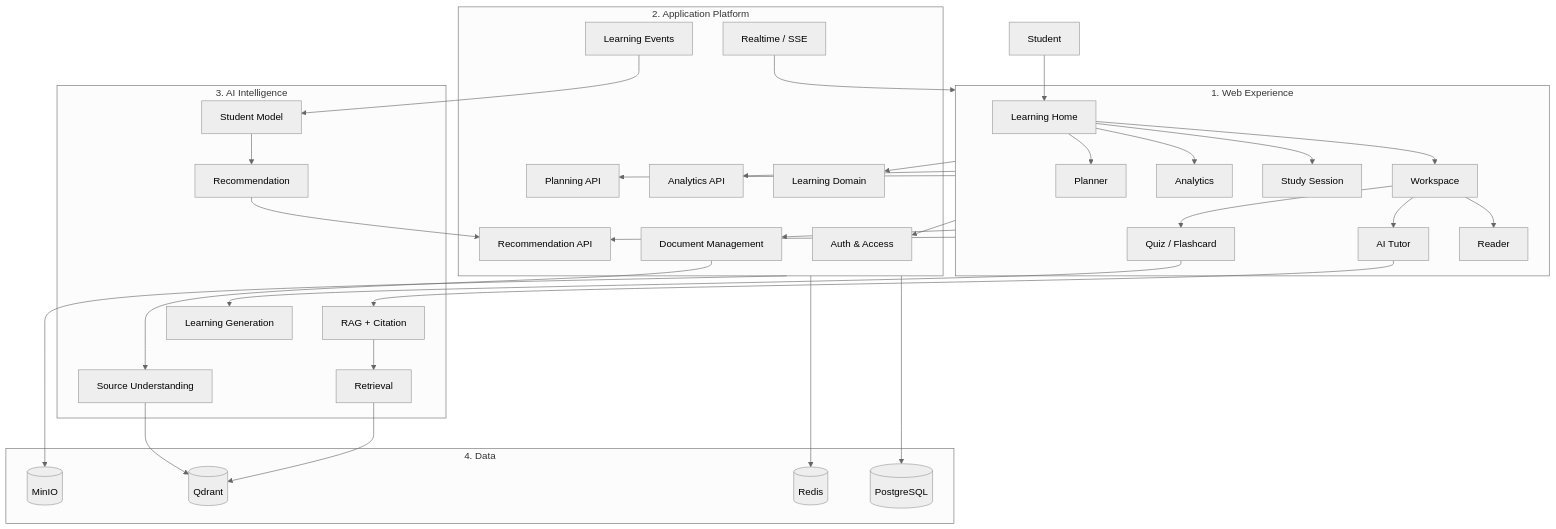
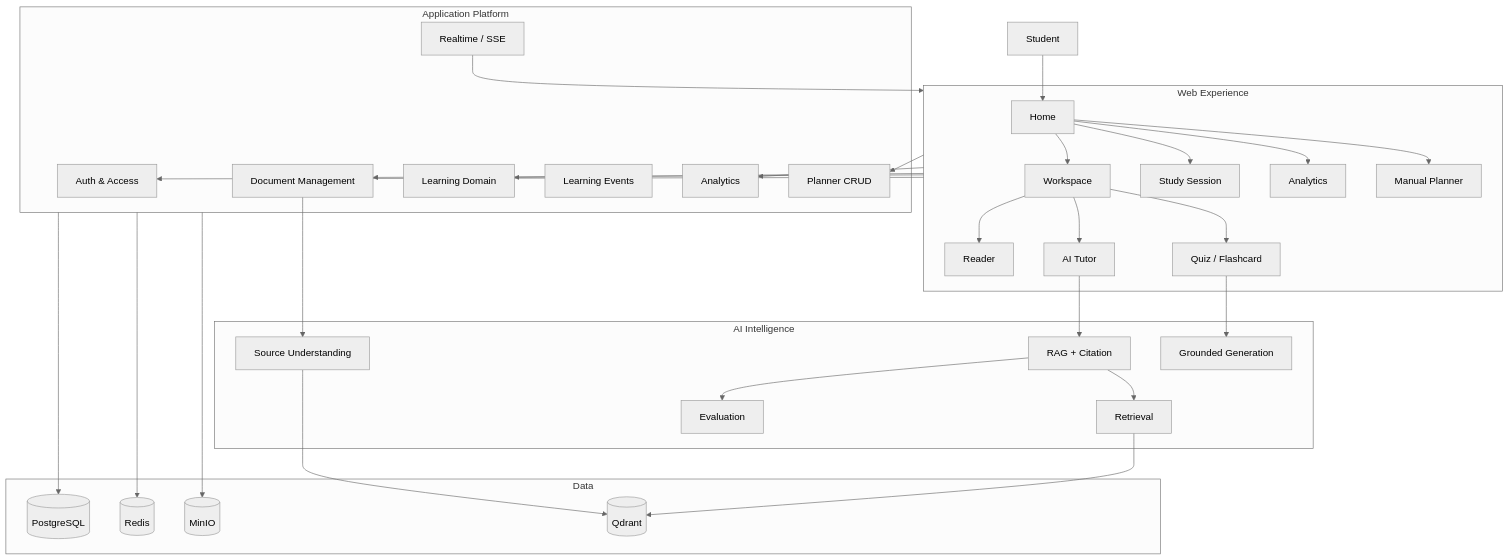
One commit to Hoang-k68a3hus/support_learning changed the third of 3 diagrams in AI_Study_Assistant_2.0_FULL_WEB_SYSTEM_DESIGN.md. Above: the diagram before and after it, drawn with Mermaid (neutral theme). The commit also changed other lines of this file, not shown here.

Commit message:
Remove personalization and recommendation UX from web design

````diff
--- a/AI_Study_Assistant_2.0_FULL_WEB_SYSTEM_DESIGN.md
+++ b/AI_Study_Assistant_2.0_FULL_WEB_SYSTEM_DESIGN.md
@@ -4957,76 +2972,67 @@
 ```mermaid
 flowchart TB
     USER[Student]
 
-    subgraph WEB[1. Web Experience]
-        HOME[Learning Home]
+    subgraph WEB[Web Experience]
+        HOME[Home]
         WS[Workspace]
         READER[Reader]
         TUTOR[AI Tutor]
         PRACTICE[Quiz / Flashcard]
         SESSION[Study Session]
         DASH[Analytics]
-        PLAN[Planner]
+        PLAN[Manual Planner]
     end
 
-    subgraph APP[2. Application Platform]
+    subgraph APP[Application Platform]
         AUTH[Auth & Access]
         DOC[Document Management]
         LEARN[Learning Domain]
         EVENT[Learning Events]
-        ANA[Analytics API]
-        RECAPP[Recommendation API]
-        PLANAPP[Planning API]
+        ANA[Analytics]
+        PLANAPP[Planner CRUD]
         STREAM[Realtime / SSE]
     end
 
-    subgraph AI[3. AI Intelligence]
+    subgraph AI[AI Intelligence]
         SU[Source Understanding]
         RET[Retrieval]
         RAG[RAG + Citation]
-        GEN[Learning Generation]
-        SM[Student Model]
-        REC[Recommendation]
+        GEN[Grounded Generation]
+        EVAL[Evaluation]
     end
 
-    subgraph DATA[4. Data]
+    subgraph DATA[Data]
         PG[(PostgreSQL)]
         REDIS[(Redis)]
         MINIO[(MinIO)]
         QDRANT[(Qdrant)]
     end
 
-    USER --> HOME
-    HOME --> WS
+    USER --> HOME --> WS
     WS --> READER
     WS --> TUTOR
     WS --> PRACTICE
     HOME --> SESSION
     HOME --> DASH
     HOME --> PLAN
 
     WEB --> AUTH
     WEB --> DOC
     WEB --> LEARN
     WEB --> ANA
-    WEB --> RECAPP
     WEB --> PLANAPP
 
     APP --> PG
     APP --> REDIS
     APP --> MINIO
 
     DOC --> SU
     TUTOR --> RAG
     PRACTICE --> GEN
-
     SU --> QDRANT
     RAG --> RET
     RET --> QDRANT
-
-    EVENT --> SM
-    SM --> REC
-    REC --> RECAPP
-
+    RAG --> EVAL
     STREAM --> WEB
 ```
````
